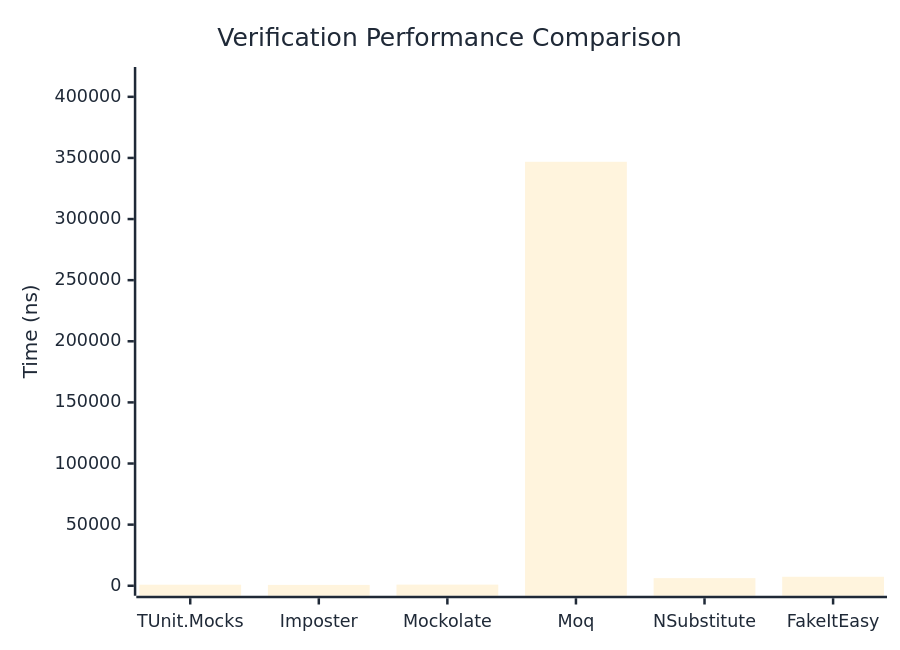
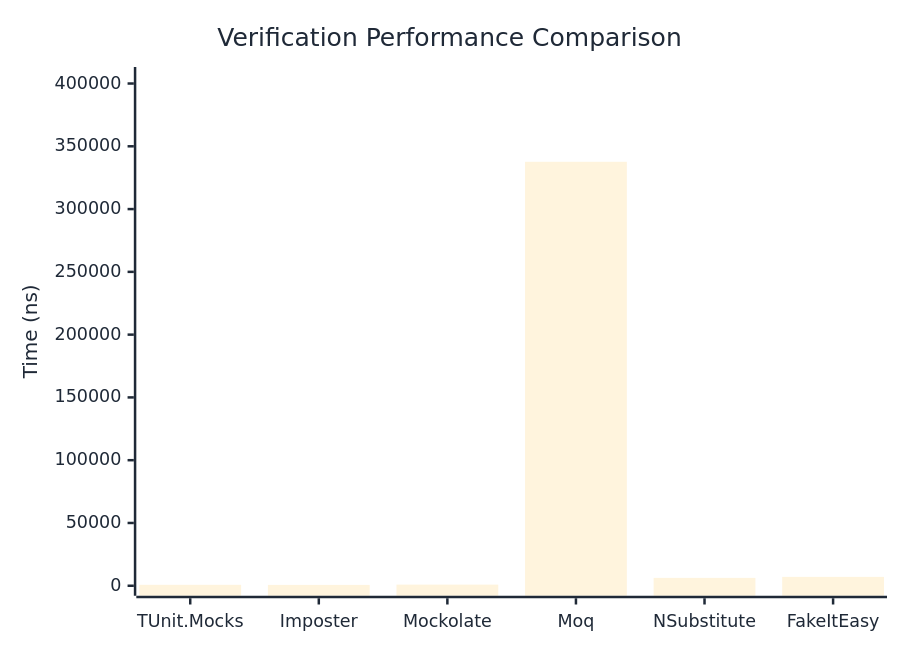
The first of 3 diagrams in docs/docs/benchmarks/mocks/Verification.md (thomhurst/TUnit), drawn with Mermaid before and after one commit. The commit also changed other lines of this file and 14 other files, not shown here.

````diff
--- a/docs/docs/benchmarks/mocks/Verification.md
+++ b/docs/docs/benchmarks/mocks/Verification.md
@@ -28,27 +28,27 @@
 ```mermaid
 %%{init: {
   'theme':'base',
   'themeVariables': {
     'primaryColor': '#2563eb',
     'primaryTextColor': '#1f2937',
     'primaryBorderColor': '#1e40af',
     'lineColor': '#6b7280',
     'secondaryColor': '#7c3aed',
     'tertiaryColor': '#dc2626',
     'background': '#ffffff',
     'pie1': '#2563eb',
     'pie2': '#7c3aed',
     'pie3': '#dc2626',
     'pie4': '#f59e0b',
     'pie5': '#10b981',
     'pie6': '#06b6d4',
     'pie7': '#ec4899',
     'pie8': '#6366f1'
   }
 }}%%
 xychart-beta
   title "Verification Performance Comparison"
   x-axis ["TUnit.Mocks", "Imposter", "Mockolate", "Moq", "NSubstitute", "FakeItEasy"]
-  y-axis "Time (ns)" 0 --> 416210
-  bar [859.9, 695.4, 917.7, 346841.6, 6231.1, 7355.6]
+  y-axis "Time (ns)" 0 --> 405192
+  bar [747.01, 670.44, 904.99, 337659.45, 6271.24, 7057.8]
 ```
````
